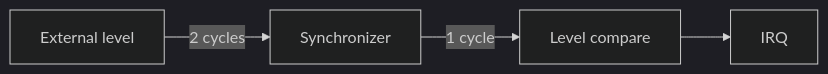
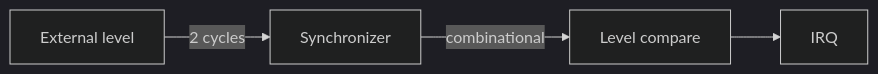
Before and after one commit to sean-galloway/RTLDesignSherpa: the fourth of 4 diagrams in projects/components/retro_legacy_blocks/docs/gpio_mas/ch03_interfaces/03_interrupt.md, drawn with Mermaid (dark theme). The commit also changed other lines of this file and 10 other files, not shown here.

````diff
--- a/projects/components/retro_legacy_blocks/docs/gpio_mas/ch03_interfaces/03_interrupt.md
+++ b/projects/components/retro_legacy_blocks/docs/gpio_mas/ch03_interfaces/03_interrupt.md
@@ -112,6 +112,6 @@
 ```mermaid
 flowchart LR
     A["External level"] -->|"2 cycles"| B["Synchronizer"]
-    B -->|"1 cycle"| C["Level compare"]
+    B -->|"combinational"| C["Level compare"]
     C --> D["IRQ"]
 ```
````
